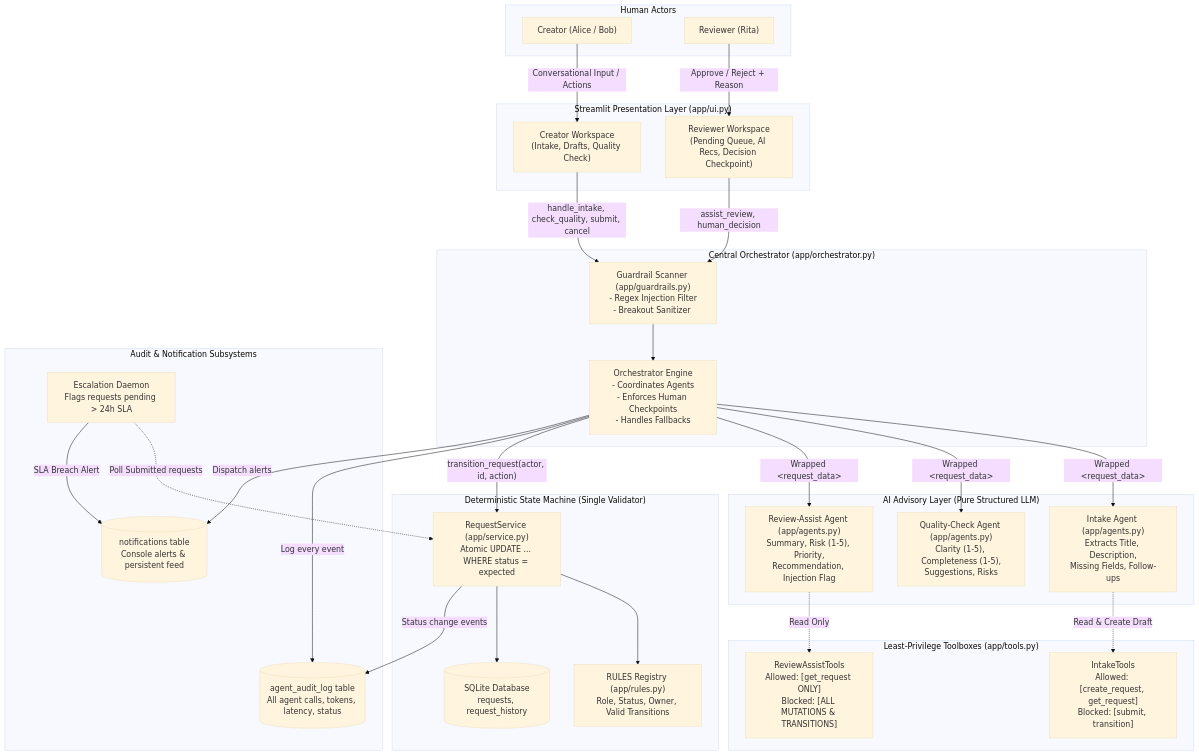
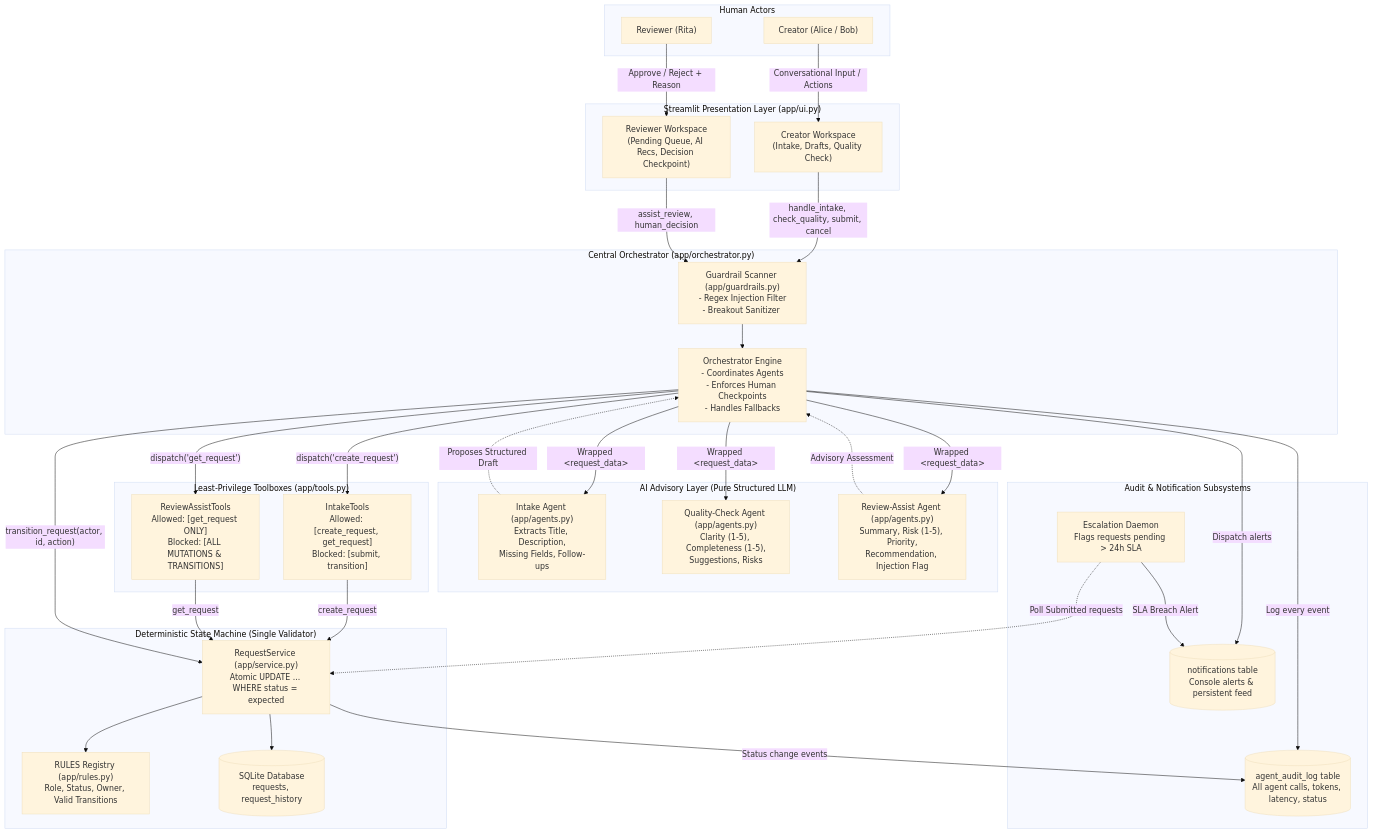
Before and after one commit to ShanmukhSrinivasAppana-blip/prewise-approval-flow: the first of 2 diagrams in docs/architecture.md, drawn with Mermaid (base theme). The commit also changed other lines of this file and 17 other files, not shown here.

Commit message:
Wire least-privilege toolboxes, fix injection warning banner and escalation timer, guard mock fallback, and evaluate regex false positives

````diff
--- a/docs/architecture.md
+++ b/docs/architecture.md
@@ -13,70 +13,74 @@
 ```mermaid
 flowchart TD
     subgraph Users["Human Actors"]
         Creator["Creator (Alice / Bob)"]
         Reviewer["Reviewer (Rita)"]
     end
 
     subgraph UI["Streamlit Presentation Layer (app/ui.py)"]
         CreatorView["Creator Workspace\n(Intake, Drafts, Quality Check)"]
         ReviewerView["Reviewer Workspace\n(Pending Queue, AI Recs, Decision Checkpoint)"]
     end
 
     subgraph Orchestration["Central Orchestrator (app/orchestrator.py)"]
         GuardrailScanner["Guardrail Scanner (app/guardrails.py)\n- Regex Injection Filter\n- Breakout Sanitizer </request_data>"]
         OrchestratorCore["Orchestrator Engine\n- Coordinates Agents\n- Enforces Human Checkpoints\n- Handles Fallbacks"]
     end
 
     subgraph Agents["AI Advisory Layer (Pure Structured LLM)"]
         IntakeAgent["Intake Agent (app/agents.py)\nExtracts Title, Description,\nMissing Fields, Follow-ups"]
         QualityAgent["Quality-Check Agent (app/agents.py)\nClarity (1-5), Completeness (1-5),\nSuggestions, Risks"]
         ReviewAgent["Review-Assist Agent (app/agents.py)\nSummary, Risk (1-5), Priority,\nRecommendation, Injection Flag"]
     end
 
     subgraph Toolboxes["Least-Privilege Toolboxes (app/tools.py)"]
         IntakeTools["IntakeTools\nAllowed: [create_request, get_request]\nBlocked: [submit, transition]"]
         ReviewTools["ReviewAssistTools\nAllowed: [get_request ONLY]\nBlocked: [ALL MUTATIONS & TRANSITIONS]"]
     end
 
     subgraph DeterministicCore["Deterministic State Machine (Single Validator)"]
         Service["RequestService (app/service.py)\nAtomic UPDATE ... WHERE status = expected"]
         Rules["RULES Registry (app/rules.py)\nRole, Status, Owner, Valid Transitions"]
         SQLiteDB[(SQLite Database\nrequests, request_history)]
     end
 
     subgraph Observability["Audit & Notification Subsystems"]
         AuditLog[(agent_audit_log table\nAll agent calls, tokens, latency, status)]
         NotifManager[(notifications table\nConsole alerts & persistent feed)]
         EscalationDaemon["Escalation Daemon\nFlags requests pending > 24h SLA"]
     end
 
     %% User to UI
     Creator -->|"Conversational Input / Actions"| CreatorView
     Reviewer -->|"Approve / Reject + Reason"| ReviewerView
 
     %% UI to Orchestration
     CreatorView -->|"handle_intake, check_quality, submit, cancel"| GuardrailScanner
     ReviewerView -->|"assist_review, human_decision"| GuardrailScanner
     GuardrailScanner --> OrchestratorCore
 
     %% Orchestrator to Agents
     OrchestratorCore -->|"Wrapped &lt;request_data&gt;"| IntakeAgent
     OrchestratorCore -->|"Wrapped &lt;request_data&gt;"| QualityAgent
     OrchestratorCore -->|"Wrapped &lt;request_data&gt;"| ReviewAgent
 
-    %% Agents & Toolboxes
-    IntakeAgent -.->|"Read & Create Draft"| IntakeTools
-    ReviewAgent -.->|"Read Only"| ReviewTools
+    %% Agents & Toolboxes (Least-Privilege Execution)
+    IntakeAgent -.->|"Proposes Structured Draft"| OrchestratorCore
+    ReviewAgent -.->|"Advisory Assessment"| OrchestratorCore
+    OrchestratorCore -->|"dispatch('create_request')"| IntakeTools
+    OrchestratorCore -->|"dispatch('get_request')"| ReviewTools
+    IntakeTools -->|"create_request"| Service
+    ReviewTools -->|"get_request"| Service
 
-    %% Orchestrator to State Machine
+    %% Orchestrator to State Machine (Human Transitions Only)
     OrchestratorCore -->|"transition_request(actor, id, action)"| Service
     Service --> Rules
     Service --> SQLiteDB
 
     %% Observability taps
     OrchestratorCore -->|"Log every event"| AuditLog
     OrchestratorCore -->|"Dispatch alerts"| NotifManager
     Service -->|"Status change events"| AuditLog
     EscalationDaemon -.->|"Poll Submitted requests"| Service
     EscalationDaemon -->|"SLA Breach Alert"| NotifManager
 ```
````
